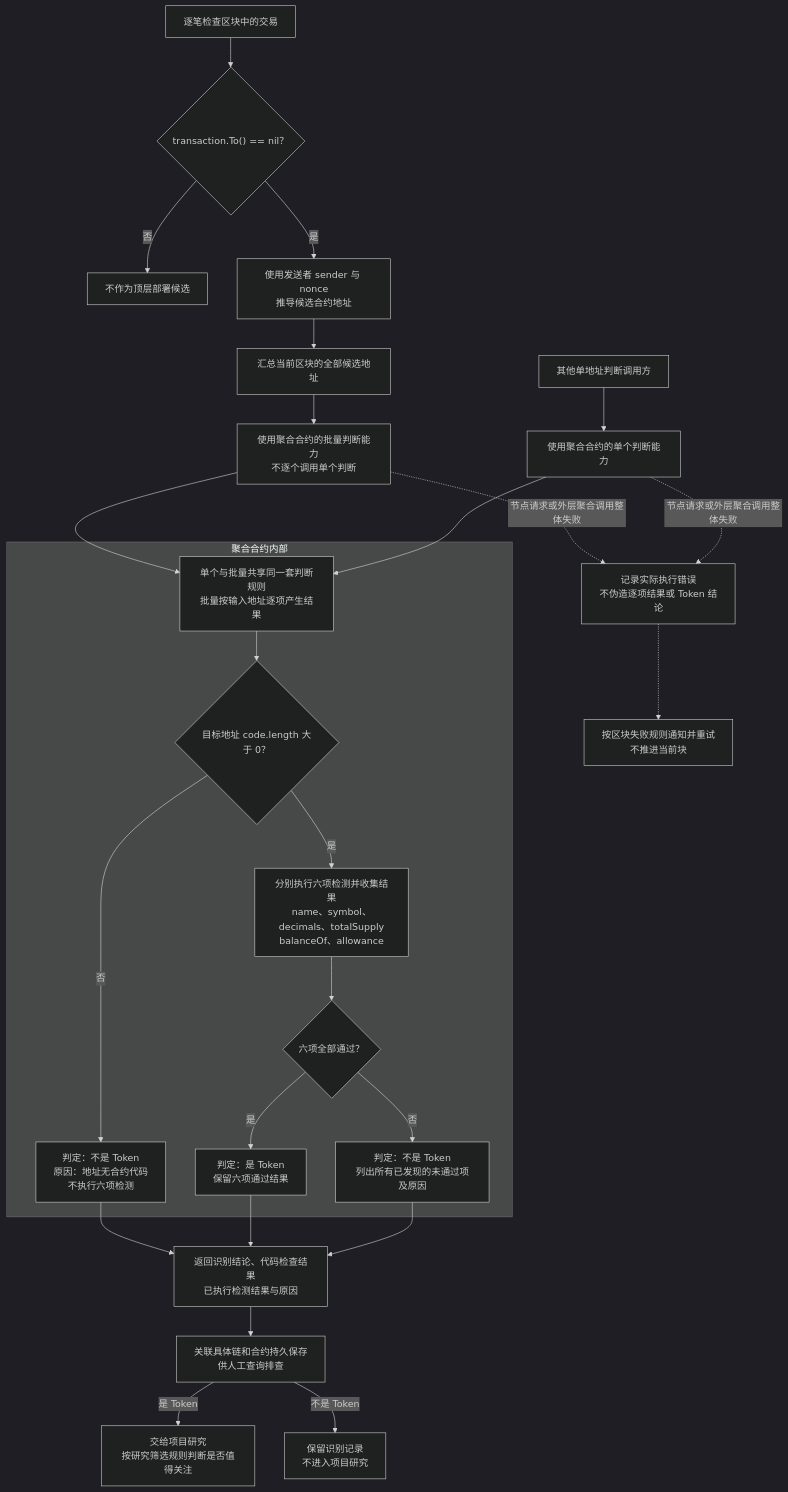
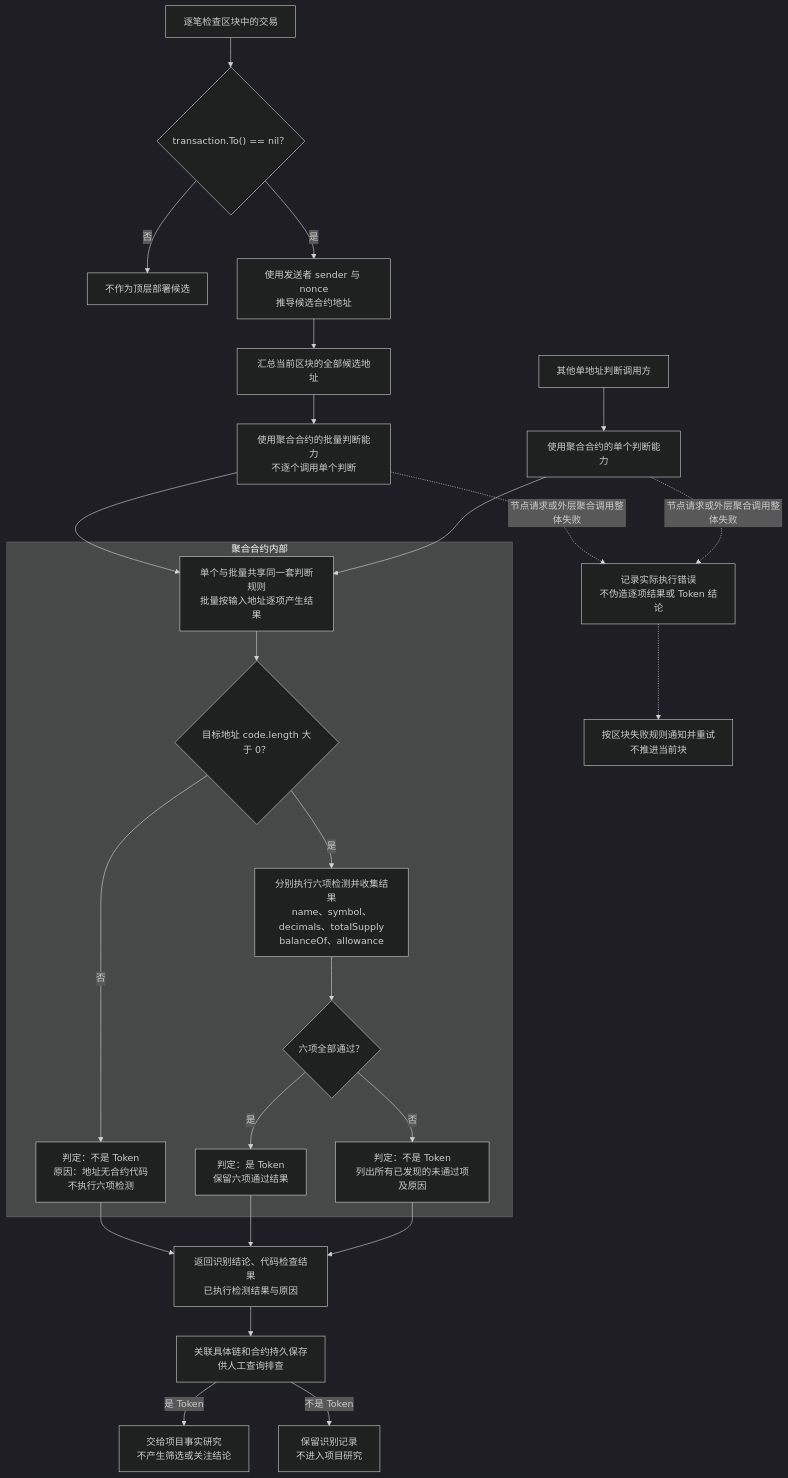
The diagram in docs/requirements/token/token-discovery-identification-flow.md (useryege/athena-o), drawn with Mermaid (dark theme) before and after one commit. The commit also changed other lines of this file and 14 other files, not shown here.

````diff
--- a/docs/requirements/token/token-discovery-identification-flow.md
+++ b/docs/requirements/token/token-discovery-identification-flow.md
@@ -13,37 +13,37 @@
 ```mermaid
 flowchart TD
     transactions["逐笔检查区块中的交易"] --> candidate{"transaction.To() == nil？"}
     candidate -->|否| skip["不作为顶层部署候选"]
     candidate -->|是| address["使用发送者 sender 与 nonce<br/>推导候选合约地址"]
     address --> collect["汇总当前区块的全部候选地址"]
     collect --> batchInvoke["使用聚合合约的批量判断能力<br/>不逐个调用单个判断"]
     singleInput["其他单地址判断调用方"] --> singleInvoke["使用聚合合约的单个判断能力"]
 
     subgraph aggregator["聚合合约内部"]
         shared["单个与批量共享同一套判断规则<br/>批量按输入地址逐项产生结果"]
         code{"目标地址 code.length 大于 0？"}
         noCode["判定：不是 Token<br/>原因：地址无合约代码<br/>不执行六项检测"]
         probes["分别执行六项检测并收集结果<br/>name、symbol、decimals、totalSupply<br/>balanceOf、allowance"]
         passed{"六项全部通过？"}
         token["判定：是 Token<br/>保留六项通过结果"]
         notToken["判定：不是 Token<br/>列出所有已发现的未通过项及原因"]
         shared --> code
         code -->|否| noCode
         code -->|是| probes
         probes --> passed
         passed -->|是| token
         passed -->|否| notToken
     end
 
     batchInvoke --> shared
     singleInvoke --> shared
     batchInvoke -. 节点请求或外层聚合调用整体失败 .-> executionError["记录实际执行错误<br/>不伪造逐项结果或 Token 结论"]
     singleInvoke -. 节点请求或外层聚合调用整体失败 .-> executionError
     executionError -.-> retryBoundary["按区块失败规则通知并重试<br/>不推进当前块"]
     noCode --> returned["返回识别结论、代码检查结果<br/>已执行检测结果与原因"]
     token --> returned
     notToken --> returned
     returned --> persist["关联具体链和合约持久保存<br/>供人工查询排查"]
-    persist -->|是 Token| research["交给项目研究<br/>按研究筛选规则判断是否值得关注"]
+    persist -->|是 Token| research["交给项目事实研究<br/>不产生筛选或关注结论"]
     persist -->|不是 Token| retained["保留识别记录<br/>不进入项目研究"]
 ```
````
